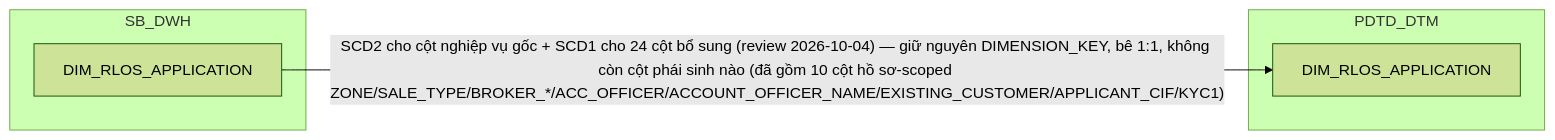
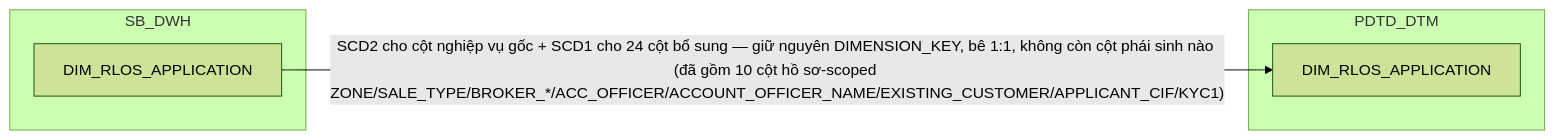
The ninth of 19 diagrams in hld/hld_review/HLD_DIM_PDTD_DTM_review.md (chien1198/sb-mapping-gen), drawn with Mermaid (forest theme) before and after one commit. The commit also changed other lines of this file and 9 other files, not shown here.

````diff
--- a/hld/hld_review/HLD_DIM_PDTD_DTM_review.md
+++ b/hld/hld_review/HLD_DIM_PDTD_DTM_review.md
@@ -376,10 +376,10 @@
 ```mermaid
 flowchart LR
     subgraph SB_DWH
         F["DIM_RLOS_APPLICATION"]
     end
     subgraph PDTD_DTM
         G["DIM_RLOS_APPLICATION"]
     end
-    F -->|"SCD2 cho cột nghiệp vụ gốc + SCD1 cho 24 cột bổ sung (review 2026-10-04) — giữ nguyên DIMENSION_KEY, bê 1:1, không còn cột phái sinh nào (đã gồm 10 cột hồ sơ-scoped ZONE/SALE_TYPE/BROKER_*/ACC_OFFICER/ACCOUNT_OFFICER_NAME/EXISTING_CUSTOMER/APPLICANT_CIF/KYC1)"| G
+    F -->|"SCD2 cho cột nghiệp vụ gốc + SCD1 cho 24 cột bổ sung — giữ nguyên DIMENSION_KEY, bê 1:1, không còn cột phái sinh nào (đã gồm 10 cột hồ sơ-scoped ZONE/SALE_TYPE/BROKER_*/ACC_OFFICER/ACCOUNT_OFFICER_NAME/EXISTING_CUSTOMER/APPLICANT_CIF/KYC1)"| G
 ```
````
